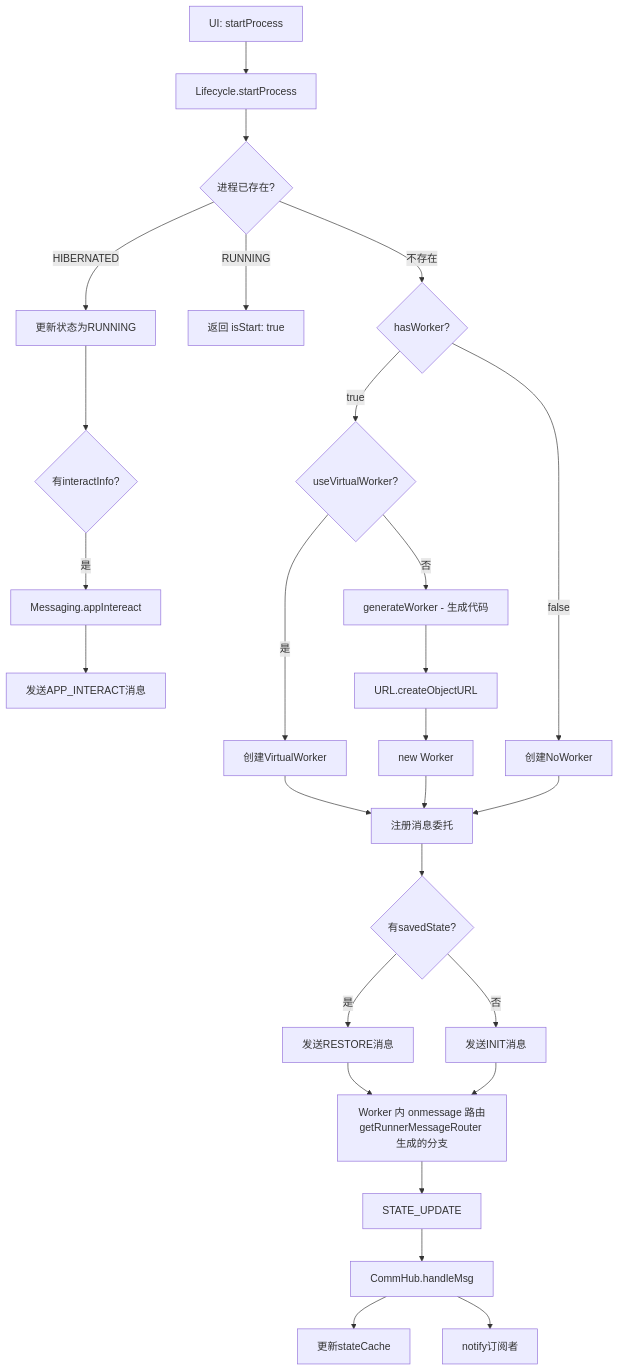
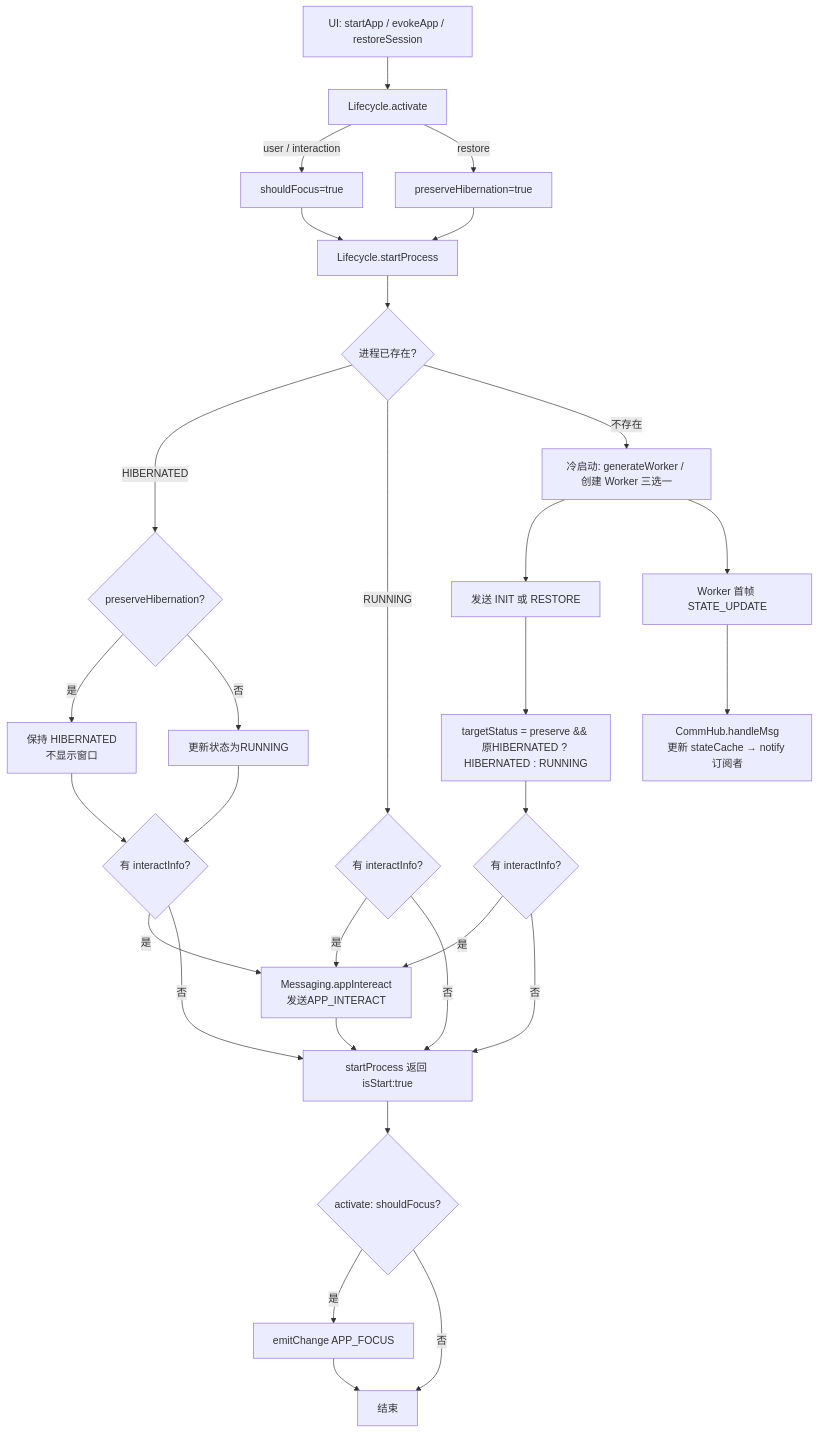
Before and after one commit to suluwanqing/sukinOS: diagram 11 of 14 in docs/module/04-process-kernel.md, drawn with Mermaid. The commit also changed other lines of this file and 104 other files, not shown here.

````diff
--- a/docs/module/04-process-kernel.md
+++ b/docs/module/04-process-kernel.md
@@ -1104,29 +1172,32 @@
 ```mermaid
 graph TD
-    A[UI: startProcess] --> B[Lifecycle.startProcess]
-    B --> C{进程已存在?}
-    C -->|HIBERNATED| D[更新状态为RUNNING]
-    D --> E{有interactInfo?}
-    E -->|是| F[Messaging.appIntereact]
-    F --> G[发送APP_INTERACT消息]
-    C -->|RUNNING| H[返回 isStart: true]
-    C -->|不存在| I{hasWorker?}
-    I -->|true| J{useVirtualWorker?}
-    J -->|是| K[创建VirtualWorker]
-    J -->|否| L[generateWorker - 生成代码]
-    L --> M[URL.createObjectURL]
-    M --> N[new Worker]
-    I -->|false| O[创建NoWorker]
-    K --> P[注册消息委托]
-    N --> P
+    A[UI: startApp / evokeApp / restoreSession] --> B[Lifecycle.activate]
+    B -->|user / interaction| B1[shouldFocus=true]
+    B -->|restore| B2[preserveHibernation=true]
+    B1 --> C[Lifecycle.startProcess]
+    B2 --> C
+    C --> D{进程已存在?}
+    D -->|HIBERNATED| E{preserveHibernation?}
+    E -->|是| E1[保持 HIBERNATED<br/>不显示窗口]
+    E -->|否| F[更新状态为RUNNING]
+    F --> G{有 interactInfo?}
+    E1 --> G
+    G -->|是| H[Messaging.appIntereact<br/>发送APP_INTERACT]
+    G -->|否| K
+    D -->|RUNNING| G2{有 interactInfo?}
+    G2 -->|是| H
+    G2 -->|否| K
+    D -->|不存在| I[冷启动: generateWorker / 创建 Worker 三选一]
+    I --> J[发送 INIT 或 RESTORE]
+    J --> L[targetStatus = preserve && 原HIBERNATED ? HIBERNATED : RUNNING]
+    L --> M{有 interactInfo?}
+    M -->|是| H
+    M -->|否| K
+    H --> K[startProcess 返回 isStart:true]
+    I --> Q[Worker 首帧 STATE_UPDATE]
+    Q --> R[CommHub.handleMsg<br/>更新 stateCache → notify 订阅者]
+    K --> N{activate: shouldFocus?}
+    N -->|是| O[emitChange APP_FOCUS]
+    N -->|否| P[结束]
     O --> P
-    P --> Q{有savedState?}
-    Q -->|是| R[发送RESTORE消息]
-    Q -->|否| S[发送INIT消息]
-    R --> T[Worker 内 onmessage 路由<br/>getRunnerMessageRouter 生成的分支]
-    S --> T
-    T --> U[STATE_UPDATE]
-    U --> V[CommHub.handleMsg]
-    V --> W[更新stateCache]
-    V --> X[notify订阅者]
 ```
````
